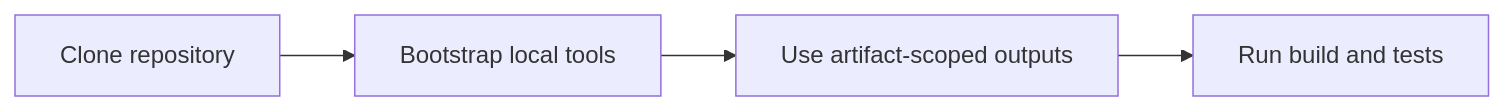
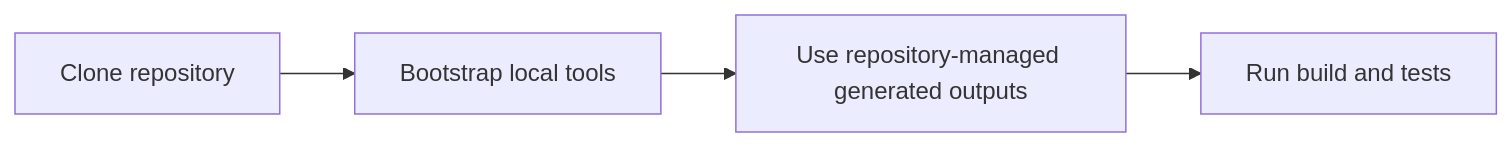
One commit to bijux/bijux-cli changed the first of 2 diagrams in docs/05-development/workspace-and-tooling.md. Above: the diagram before and after it, drawn with Mermaid. The commit also changed other lines of this file and 1 other file, not shown here.

Commit message:
docs(development): describe repo-managed tooling defaults

````diff
--- a/docs/05-development/workspace-and-tooling.md
+++ b/docs/05-development/workspace-and-tooling.md
@@ -8,6 +8,6 @@
 ```mermaid
 flowchart LR
     A[Clone repository] --> B[Bootstrap local tools]
-    B --> C[Use artifact-scoped outputs]
+    B --> C[Use repository-managed generated outputs]
     C --> D[Run build and tests]
 ```
````
